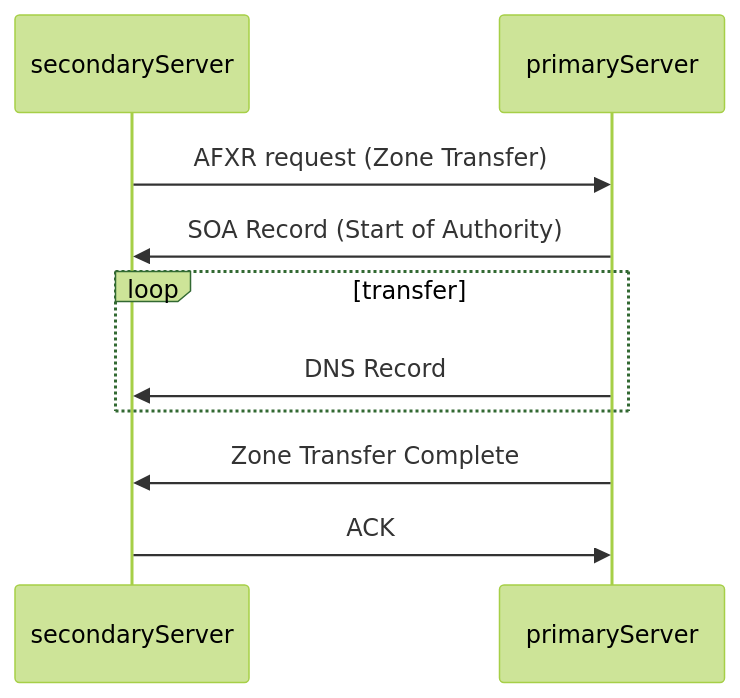
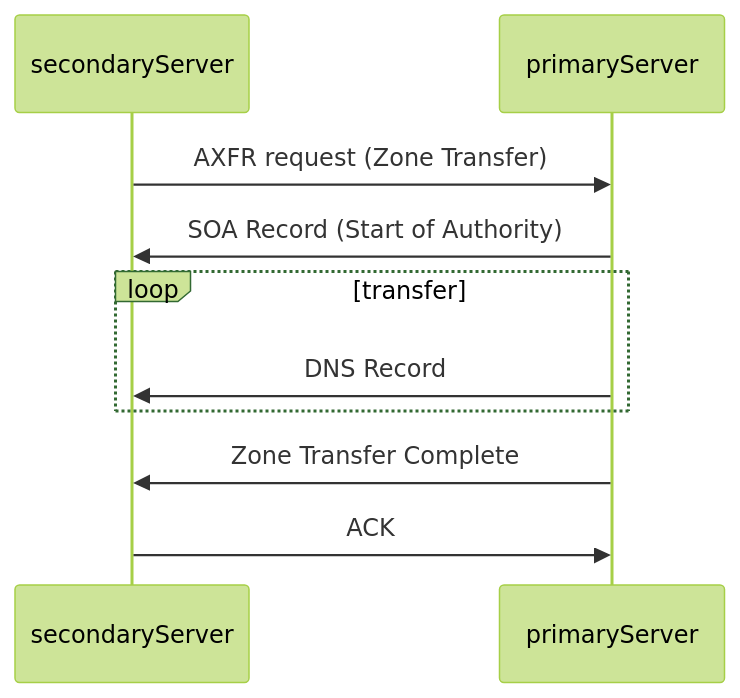
Before and after one commit to lukepatterson31/htb: the diagram in academy/pentester-path/information-gathering-web-edition.md, drawn with Mermaid (forest theme). The commit also changed other lines of this file, not shown here.

````diff
--- a/academy/pentester-path/information-gathering-web-edition.md
+++ b/academy/pentester-path/information-gathering-web-edition.md
@@ -248,12 +249,12 @@
 ```mermaid
 sequenceDiagram
     participant secondaryServer
     participant primaryServer    
-    secondaryServer->>primaryServer: AFXR request (Zone Transfer)
+    secondaryServer->>primaryServer: AXFR request (Zone Transfer)
     primaryServer->>secondaryServer: SOA Record (Start of Authority)
     loop transfer
         primaryServer->>secondaryServer: DNS Record
     end
     primaryServer->>secondaryServer: Zone Transfer Complete
     secondaryServer->>primaryServer: ACK
 ```
````
